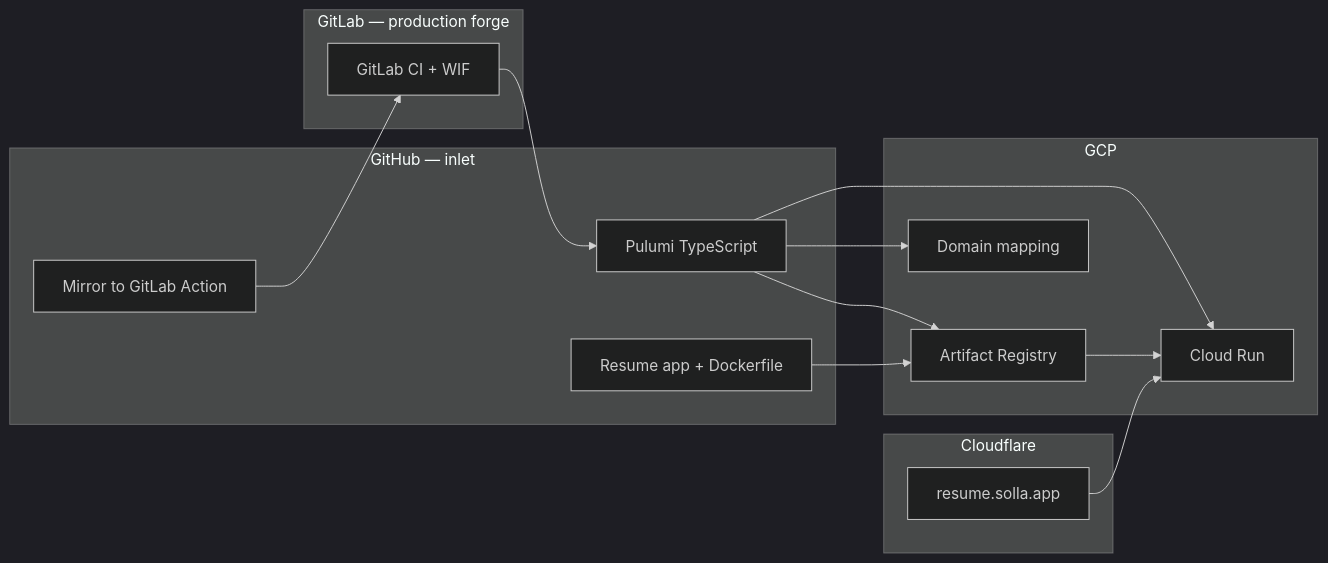
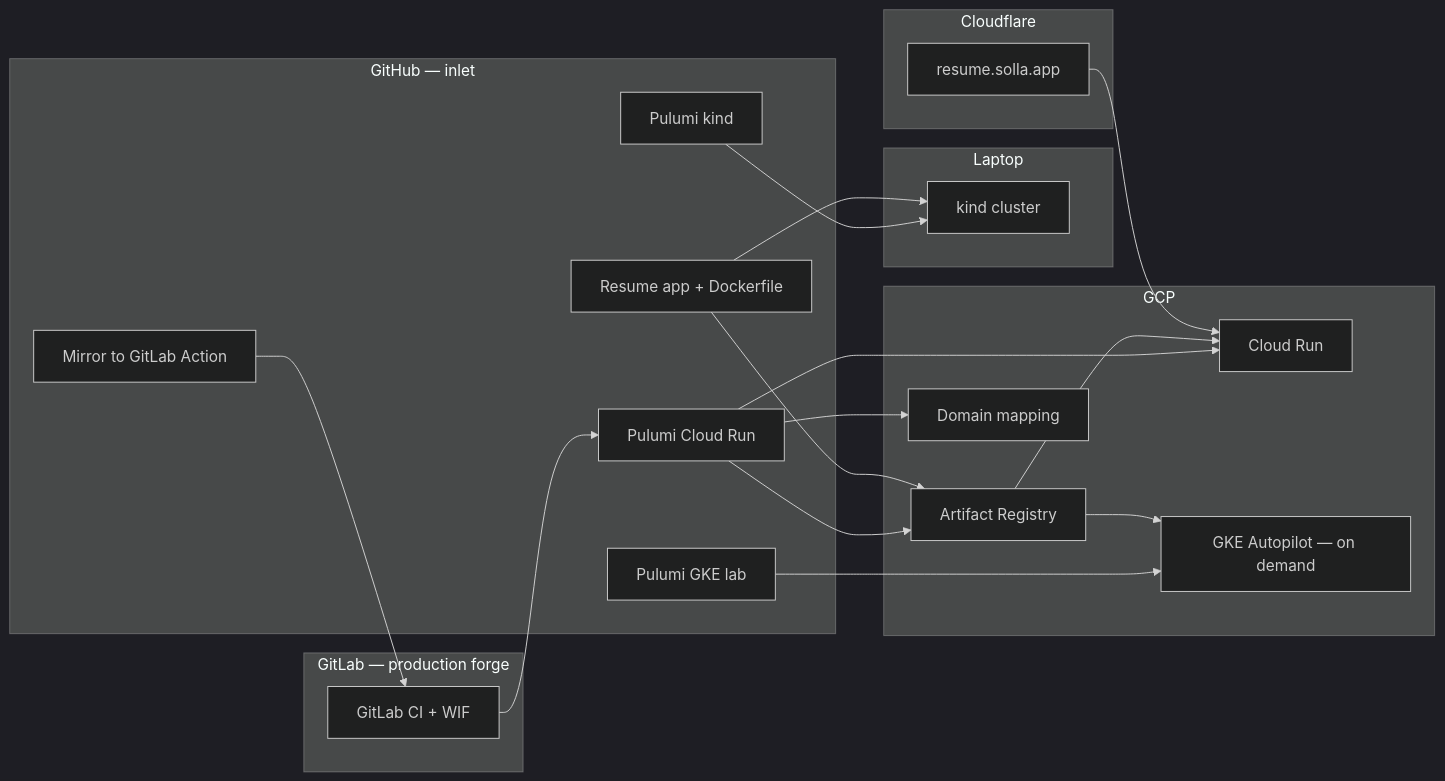
One commit to michaelsolla/pulumi-cloud-solla-resume changed the diagram in docs/PLAN.md. Above: the diagram before and after it, drawn with Mermaid (dark theme). The commit also changed other lines of this file and 12 other files, not shown here.

First line of the commit message:
feat: scaffold on-demand GKE Autopilot lab and refresh the roadmap.

````diff
--- a/docs/PLAN.md
+++ b/docs/PLAN.md
@@ -13,31 +15,42 @@
 ```mermaid
 flowchart LR
   subgraph inlet [GitHub — inlet]
     App[Resume app + Dockerfile]
-    Pulumi[Pulumi TypeScript]
+    PulumiCR[Pulumi Cloud Run]
+    PulumiKind[Pulumi kind]
+    PulumiGKE[Pulumi GKE lab]
     Mirror[Mirror to GitLab Action]
   end
 
   subgraph gitlab [GitLab — production forge]
     CI[GitLab CI + WIF]
   end
 
+  subgraph laptop [Laptop]
+    Kind[kind cluster]
+  end
+
   subgraph gcp [GCP]
     AR[Artifact Registry]
     CR[Cloud Run]
     DM[Domain mapping]
+    GKE[GKE Autopilot — on demand]
   end
 
   subgraph dns [Cloudflare]
     DNS[resume.solla.app]
   end
 
   Mirror --> CI
-  CI --> Pulumi
-  Pulumi --> AR
-  Pulumi --> CR
-  Pulumi --> DM
+  CI --> PulumiCR
+  PulumiCR --> AR
+  PulumiCR --> CR
+  PulumiCR --> DM
   App --> AR
   AR --> CR
   DNS --> CR
+  PulumiKind --> Kind
+  App --> Kind
+  PulumiGKE --> GKE
+  AR --> GKE
 ```
````
